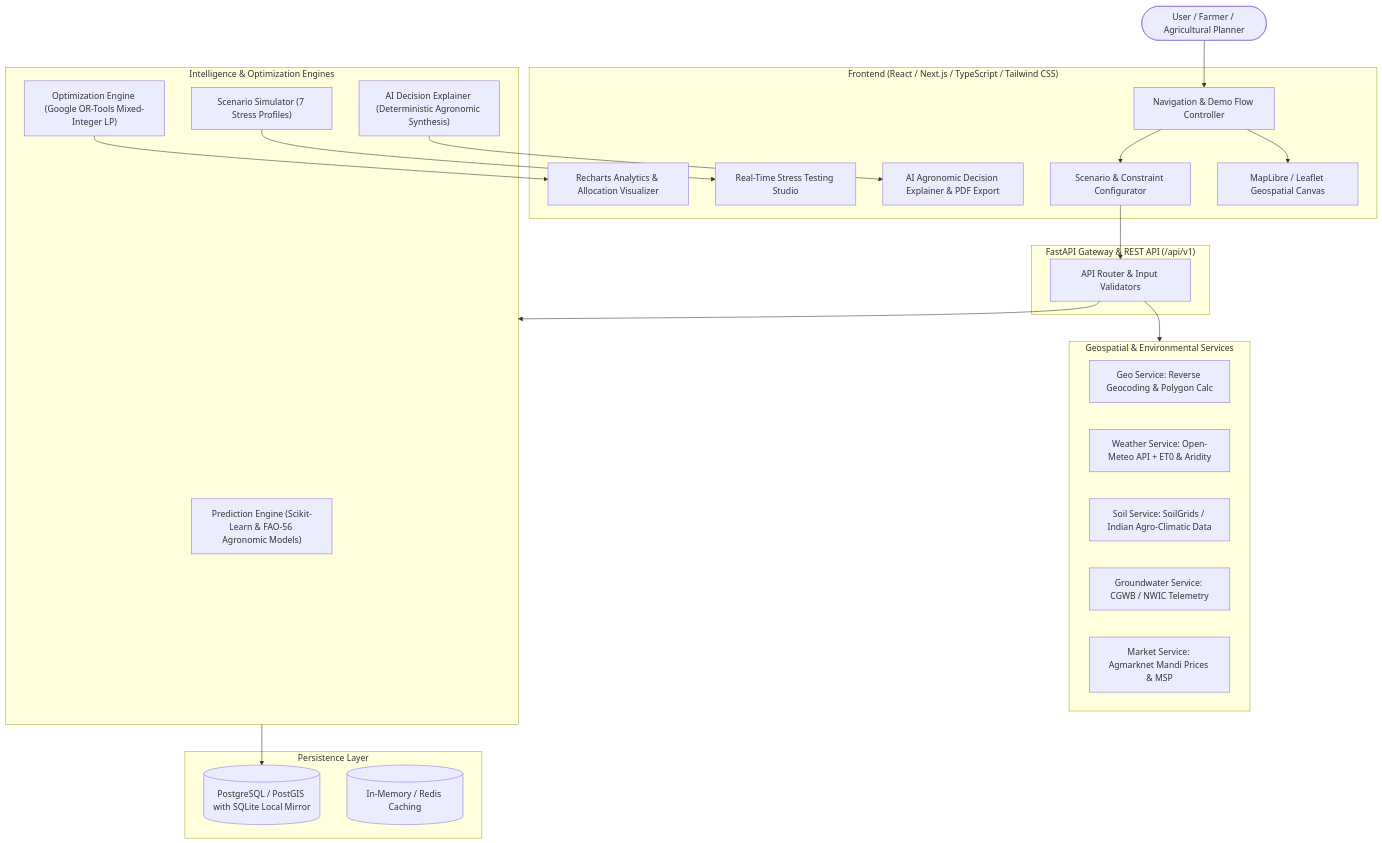
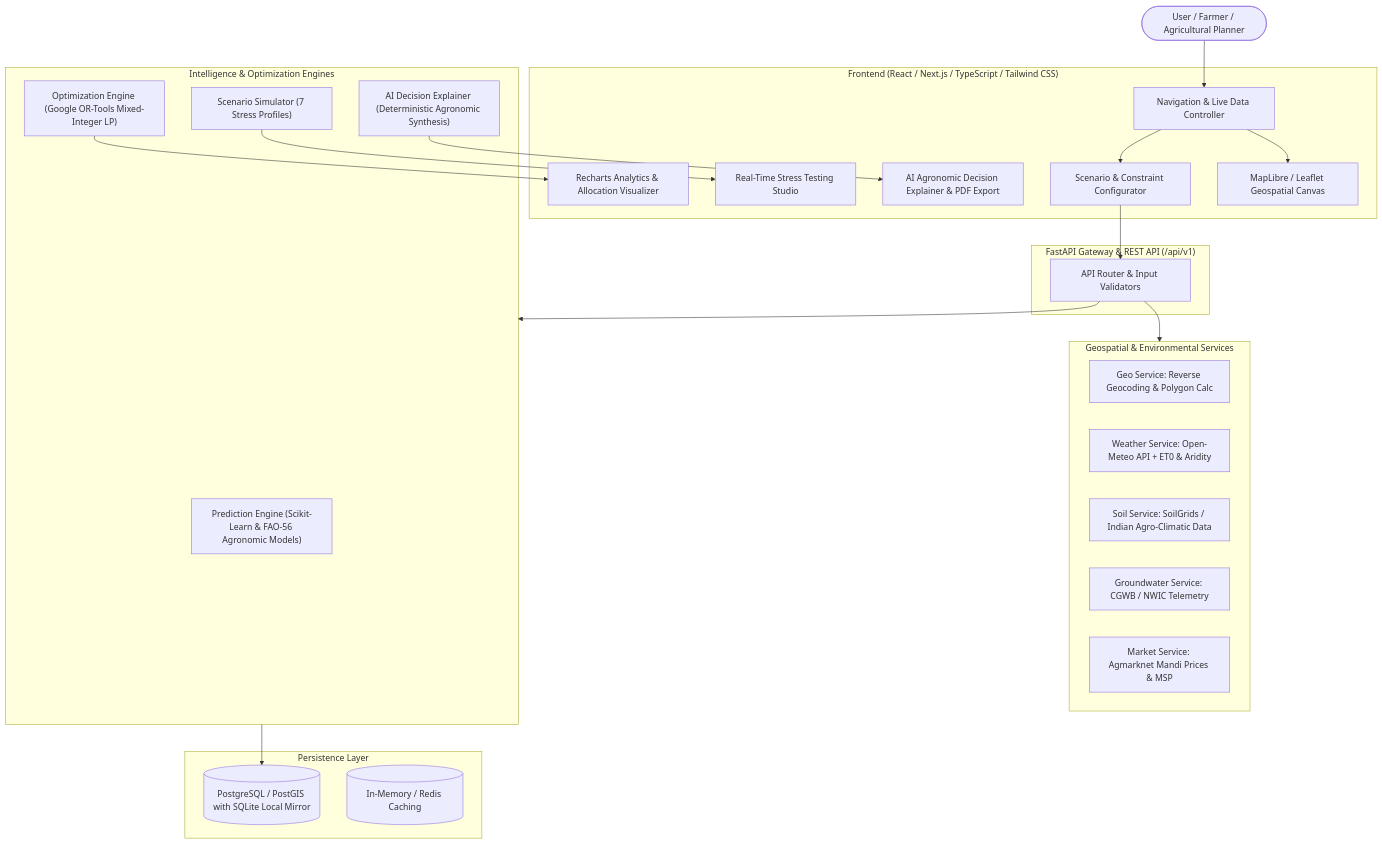
One commit to SATYA-1708/AquaShift changed the diagram in architecture_plan.md. Above: the diagram before and after it, drawn with Mermaid. The commit also changed other lines of this file and 27 other files, not shown here.

````diff
--- a/architecture_plan.md
+++ b/architecture_plan.md
@@ -11,48 +11,48 @@
 ```mermaid
 graph TD
     User([User / Farmer / Agricultural Planner])
     
     subgraph Frontend ["Frontend (React / Next.js / TypeScript / Tailwind CSS)"]
-        UI_Nav[Navigation & Demo Flow Controller]
+        UI_Nav[Navigation & Live Data Controller]
         MapModule[MapLibre / Leaflet Geospatial Canvas]
         ScenarioBuilder[Scenario & Constraint Configurator]
         AnalyticsDashboard[Recharts Analytics & Allocation Visualizer]
         StressTester[Real-Time Stress Testing Studio]
         AIReportGen[AI Agronomic Decision Explainer & PDF Export]
     end
 
     subgraph BackendGateway ["FastAPI Gateway & REST API (/api/v1)"]
         Router[API Router & Input Validators]
     end
 
     subgraph DataServices ["Geospatial & Environmental Services"]
         GeoSvc[Geo Service: Reverse Geocoding & Polygon Calc]
         WeatherSvc[Weather Service: Open-Meteo API + ET0 & Aridity]
         SoilSvc[Soil Service: SoilGrids / Indian Agro-Climatic Data]
         WaterSvc[Groundwater Service: CGWB / NWIC Telemetry]
         MarketSvc[Market Service: Agmarknet Mandi Prices & MSP]
     end
 
     subgraph CoreEngines ["Intelligence & Optimization Engines"]
         MLEngine["Prediction Engine (Scikit-Learn & FAO-56 Agronomic Models)"]
         OptEngine["Optimization Engine (Google OR-Tools Mixed-Integer LP)"]
         StressEngine["Scenario Simulator (7 Stress Profiles)"]
         AIEngine["AI Decision Explainer (Deterministic Agronomic Synthesis)"]
     end
 
     subgraph Storage ["Persistence Layer"]
         DB[(PostgreSQL / PostGIS with SQLite Local Mirror)]
         Cache[(In-Memory / Redis Caching)]
     end
 
     User --> UI_Nav
     UI_Nav --> MapModule
     UI_Nav --> ScenarioBuilder
     ScenarioBuilder --> Router
     Router --> DataServices
     Router --> CoreEngines
     CoreEngines --> DB
     OptEngine --> AnalyticsDashboard
     StressEngine --> StressTester
     AIEngine --> AIReportGen
 ```
````
